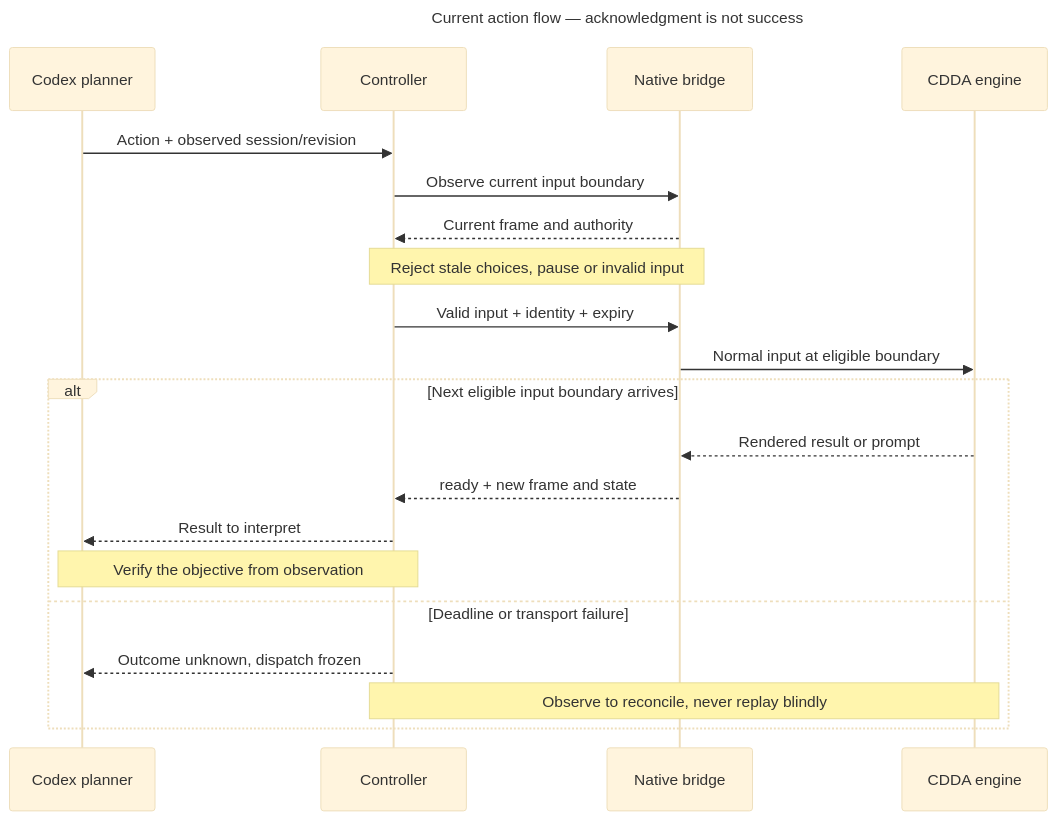
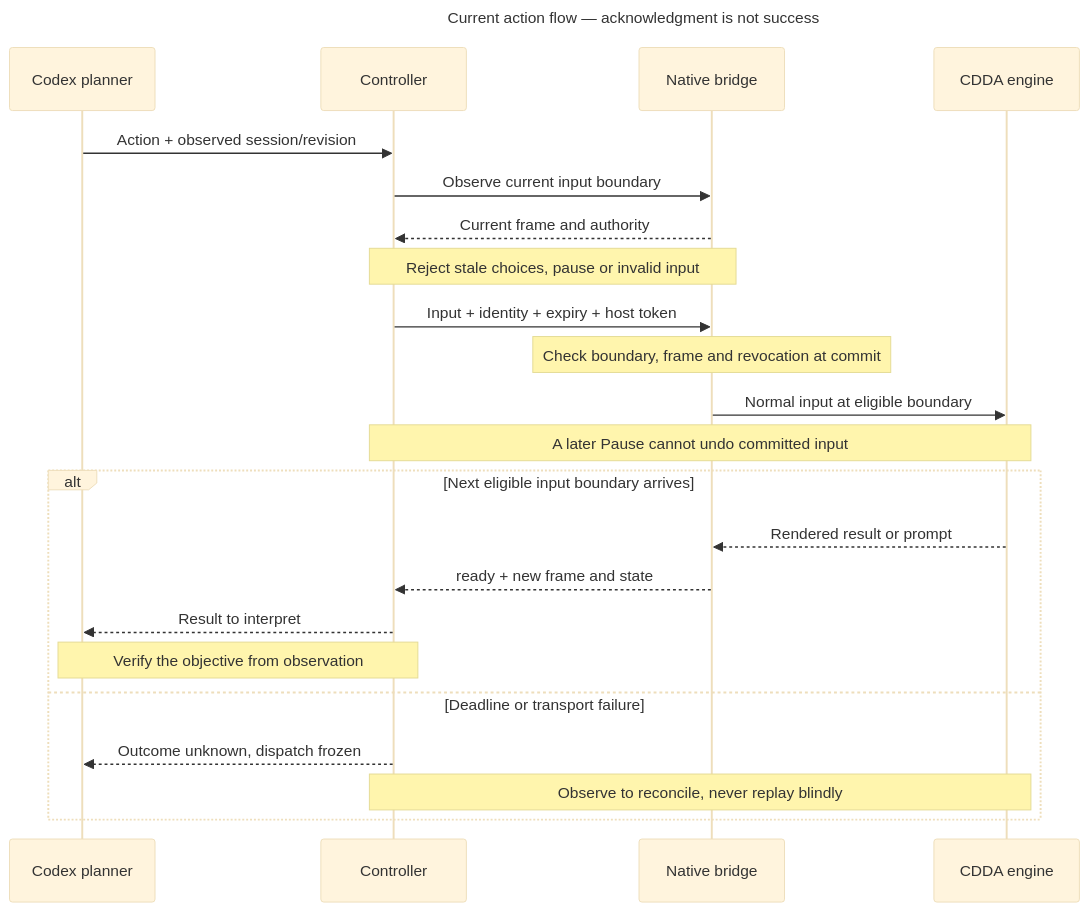
One commit to CVX-Hull/enactive changed the diagram in docs/diagrams/action.mmd. Above: the diagram before and after it, drawn with Mermaid (base theme). The commit also changed 44 other files, not shown here.

```diff
--- a/docs/diagrams/action.mmd
+++ b/docs/diagrams/action.mmd
@@ -1,25 +1,27 @@
 ---
 title: Current action flow — acknowledgment is not success
 ---
 sequenceDiagram
   accTitle: Current bounded action and its possible outcome
   accDescr: The planner chooses from an observation. The controller checks current authority without refreshing a stale choice. The native bridge validates and dispatches normal input. A ready response means another input boundary, not objective success. A deadline produces uncertainty and frozen remote dispatch; no automatic retry.
   participant P as Codex planner
   participant C as Controller
   participant B as Native bridge
   participant G as CDDA engine
   P->>C: Action + observed session/revision
   C->>B: Observe current input boundary
   B-->>C: Current frame and authority
   Note over C,B: Reject stale choices, pause or invalid input
-  C->>B: Valid input + identity + expiry
+  C->>B: Input + identity + expiry + host token
+  Note over B: Check boundary, frame and revocation at commit
   B->>G: Normal input at eligible boundary
+  Note over C,G: A later Pause cannot undo committed input
   alt Next eligible input boundary arrives
     G-->>B: Rendered result or prompt
     B-->>C: ready + new frame and state
     C-->>P: Result to interpret
     Note over P,C: Verify the objective from observation
   else Deadline or transport failure
     C-->>P: Outcome unknown, dispatch frozen
     Note over C,G: Observe to reconcile, never replay blindly
   end
```
